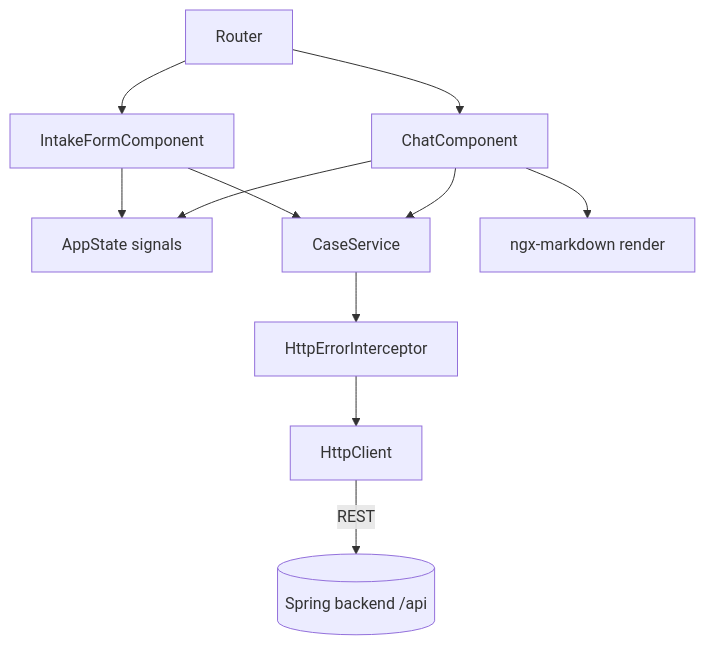
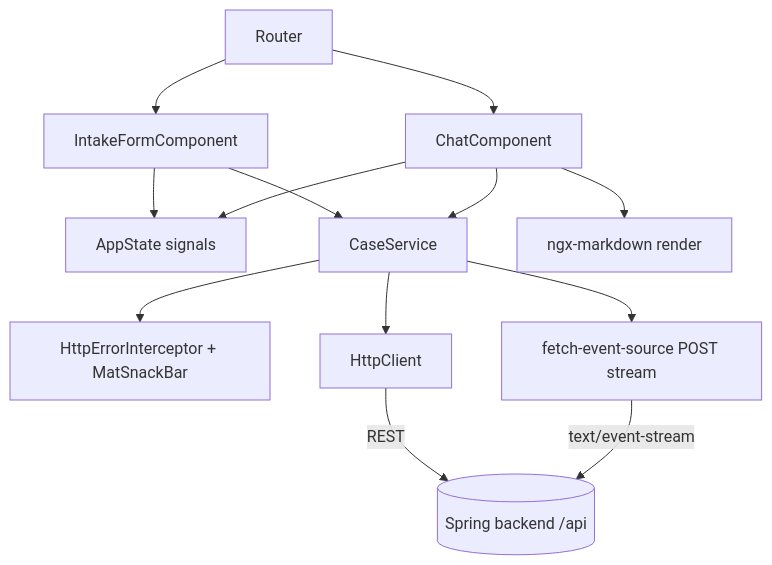
The first of 3 diagrams in docs/ADR/002-frontend-angular.md (marcinws/AI-Programming-Course-NBP-22-06-2026), drawn with Mermaid before and after one commit. The commit also changed other lines of this file and 5 other files, not shown here.

````diff
--- a/docs/ADR/002-frontend-angular.md
+++ b/docs/ADR/002-frontend-angular.md
@@ -100,13 +109,15 @@
 ```mermaid
 flowchart TB
     Router --> Form[IntakeFormComponent]
     Router --> Chat[ChatComponent]
     Form --> Store[AppState signals]
     Chat --> Store
     Form --> Svc[CaseService]
     Chat --> Svc
-    Svc --> Intc[HttpErrorInterceptor]
-    Intc --> Http[HttpClient]
+    Svc --> Intc[HttpErrorInterceptor + MatSnackBar]
+    Svc --> Http[HttpClient]
+    Svc --> SSE[fetch-event-source POST stream]
     Http -->|REST| API[(Spring backend /api)]
+    SSE -->|text/event-stream| API
     Chat --> MD[ngx-markdown render]
 ```
````
